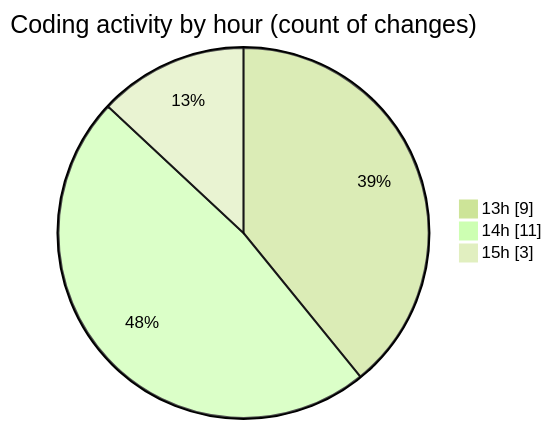
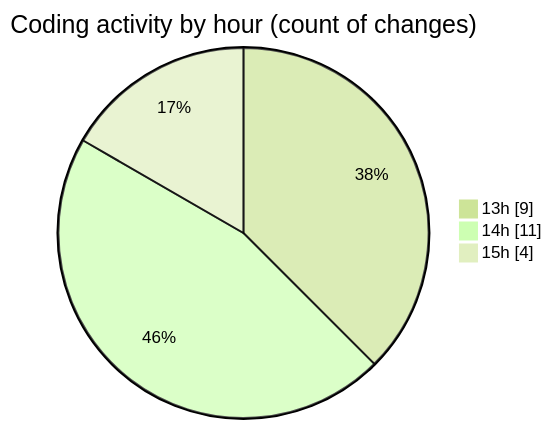
One commit to NitaiMahat/code-tracking changed the second of 2 diagrams in 2025-03-08/computer_202/README.md. Above: the diagram before and after it, drawn with Mermaid (forest theme). The commit also changed other lines of this file and 1 other file, not shown here.

````diff
--- a/2025-03-08/computer_202/README.md
+++ b/2025-03-08/computer_202/README.md
@@ -35,7 +36,7 @@
 ```mermaid
 pie showData
 title Coding activity by hour (count of changes)
 "13h" : 9
 "14h" : 11
-"15h" : 3
+"15h" : 4
 ```
````
